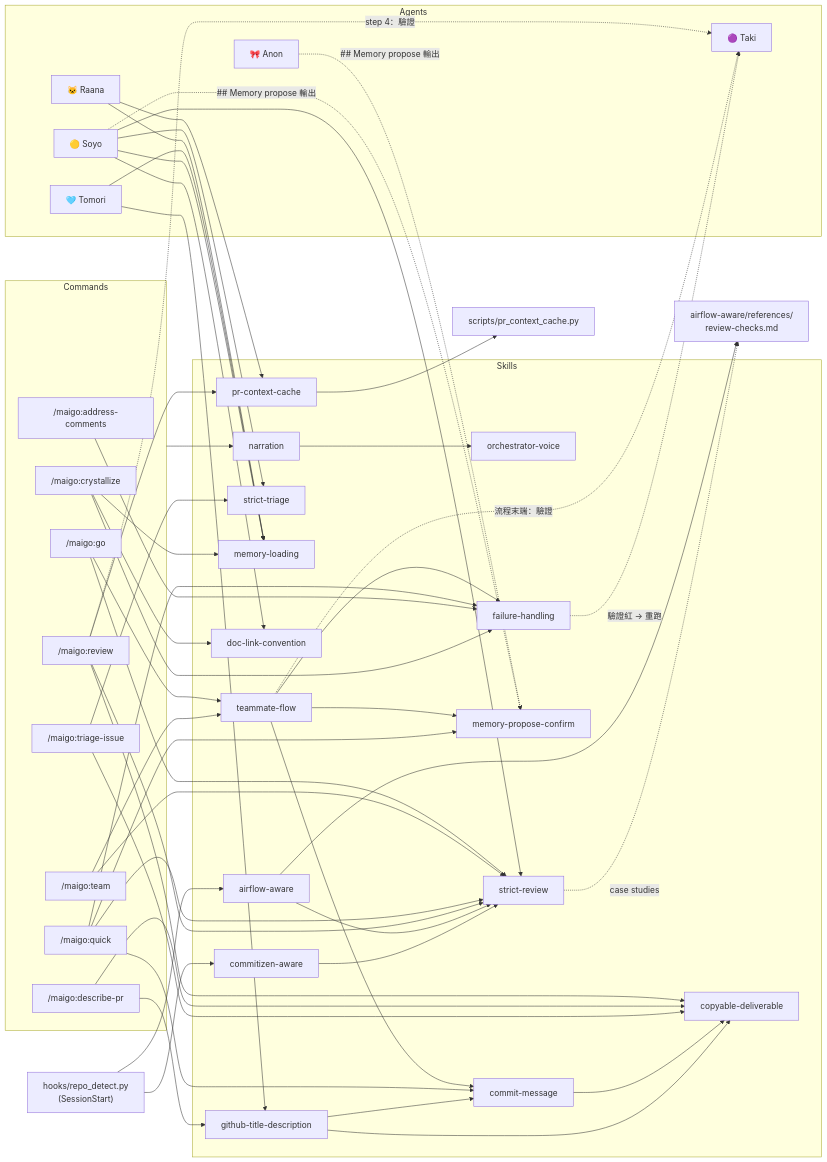
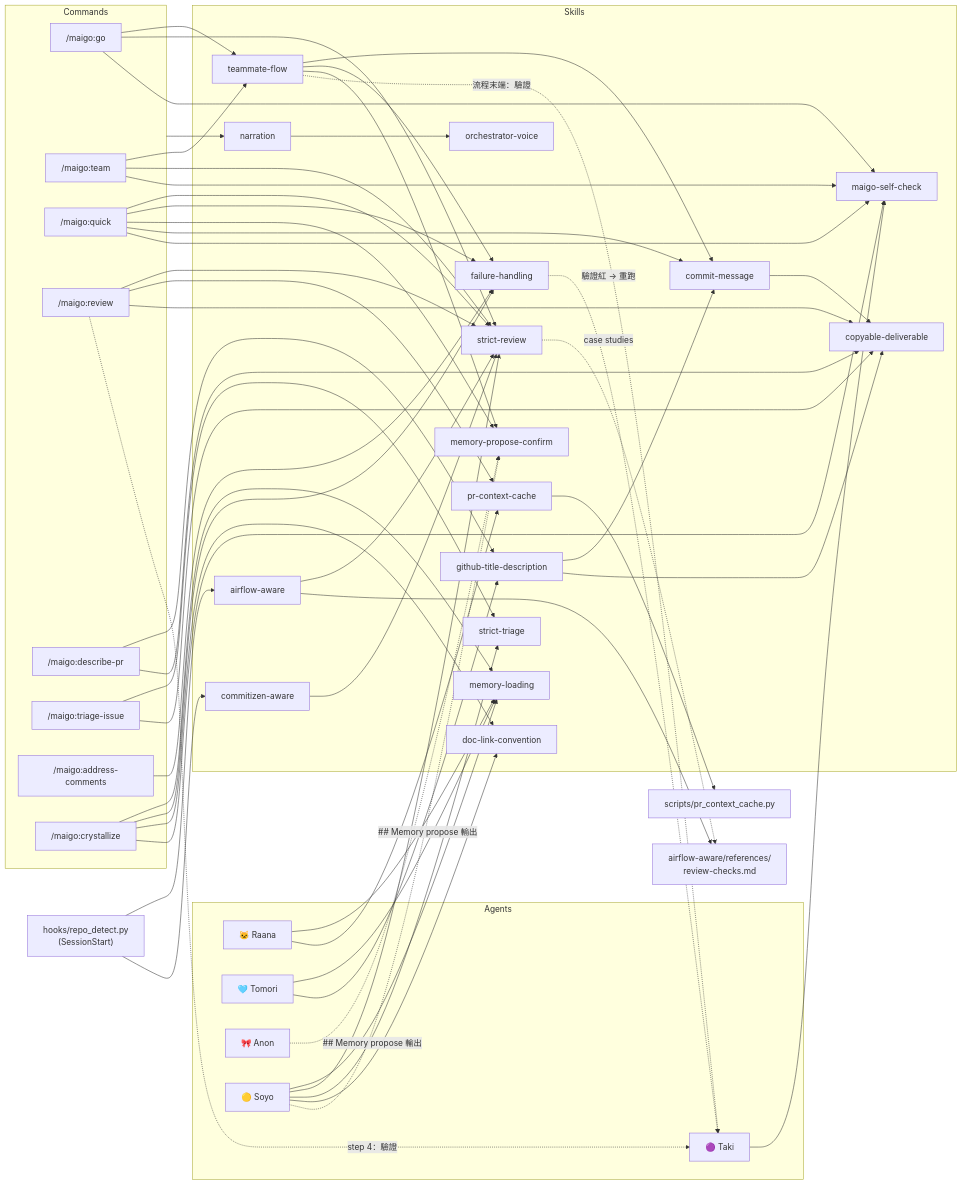
One commit to Lee-W/maigo changed the diagram in docs/reference/skills.md. Above: the diagram before and after it, drawn with Mermaid. The commit also changed other lines of this file and 5 other files, not shown here.

First line of the commit message:
feat: add maigo-self-check skill for structure-change verification

```diff
--- a/docs/reference/skills.md
+++ b/docs/reference/skills.md
@@ -93,6 +94,7 @@
         doc_link["doc-link-convention"]
         airflow_aware["airflow-aware"]
         commitizen_aware["commitizen-aware"]
+        maigo_self_check["maigo-self-check"]
     end
 
     airflow_refs["airflow-aware/references/<br/>review-checks.md"]
@@ -125,6 +127,11 @@
     crystallize --> memory_loading
     crystallize --> failure_handling
     crystallize --> doc_link
+    go --> maigo_self_check
+    team --> maigo_self_check
+    quick --> maigo_self_check
+    crystallize --> maigo_self_check
+    taki --> maigo_self_check
 
     raana --> memory_loading
     tomori --> memory_loading
```
